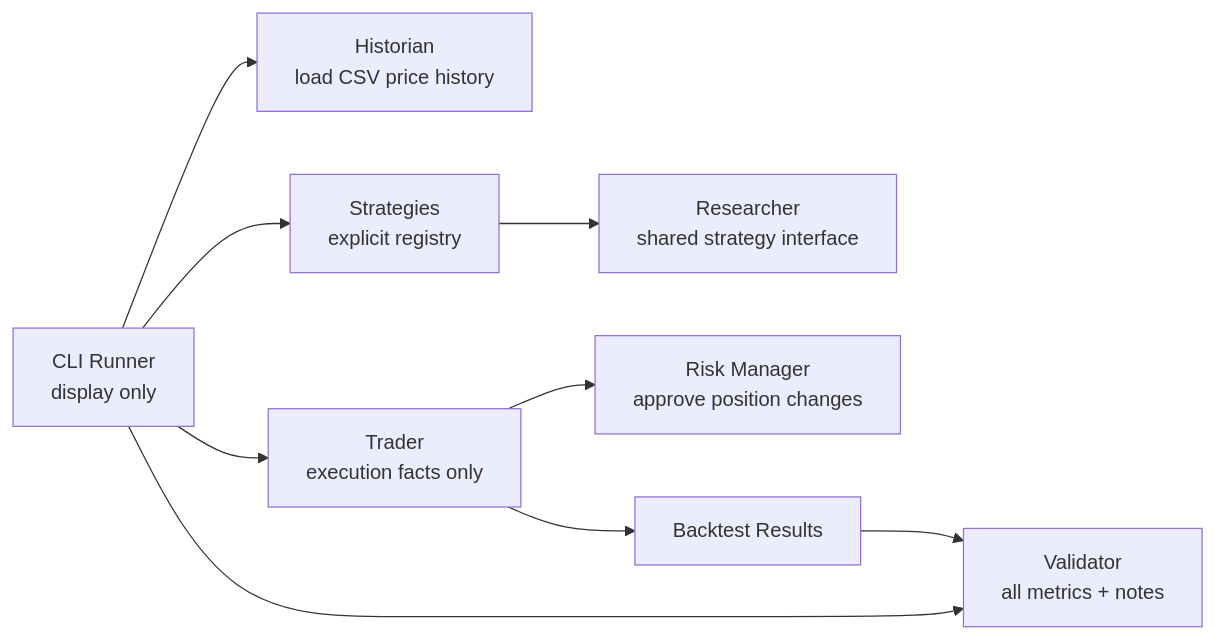
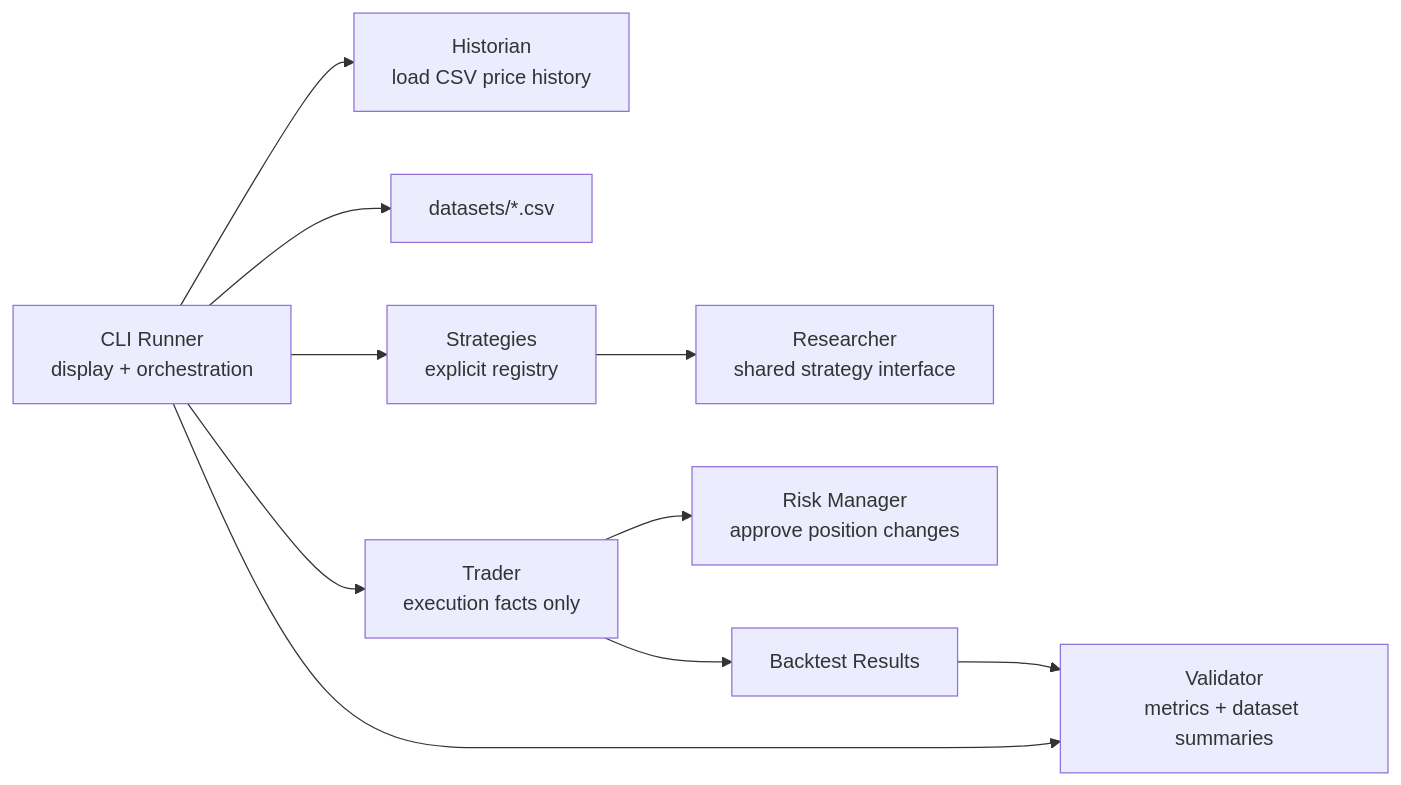
Before and after one commit to lumenXV/PTB-1: the diagram in README.md, drawn with Mermaid. The commit also changed other lines of this file, not shown here.

Commit message:
Document dataset engine

````diff
--- a/README.md
+++ b/README.md
@@ -29,11 +41,12 @@
 ```mermaid
 flowchart LR
-    CLI["CLI Runner\ndisplay only"] --> Historian["Historian\nload CSV price history"]
+    CLI["CLI Runner\ndisplay + orchestration"] --> Historian["Historian\nload CSV price history"]
+    CLI --> DatasetFiles["datasets/*.csv"]
     CLI --> Strategies["Strategies\nexplicit registry"]
     Strategies --> Researcher["Researcher\nshared strategy interface"]
     CLI --> Trader["Trader\nexecution facts only"]
     Trader --> RiskManager["Risk Manager\napprove position changes"]
     Trader --> ValidatorInput["Backtest Results"]
-    CLI --> Validator["Validator\nall metrics + notes"]
+    CLI --> Validator["Validator\nmetrics + dataset summaries"]
     ValidatorInput --> Validator
 ```
````
